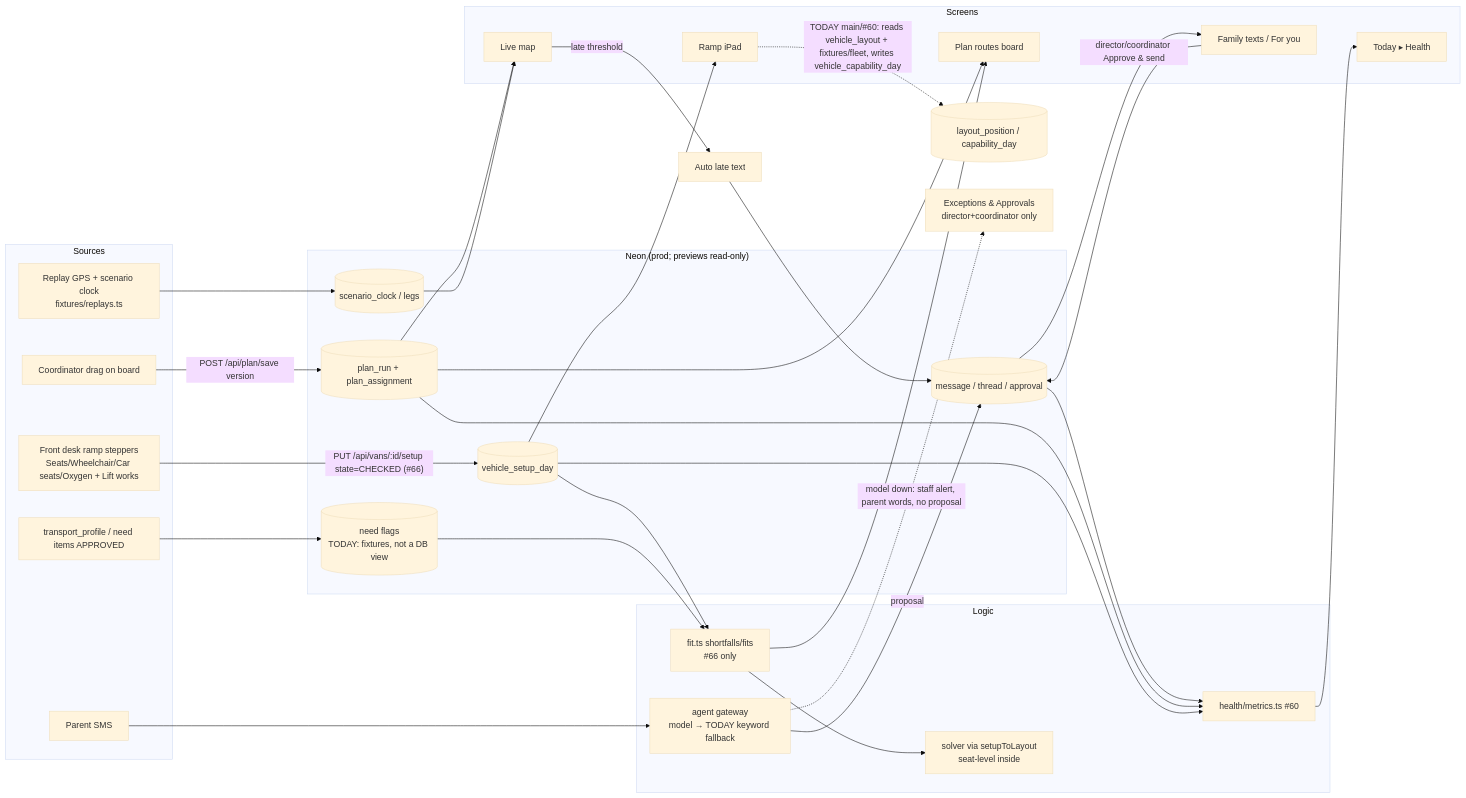
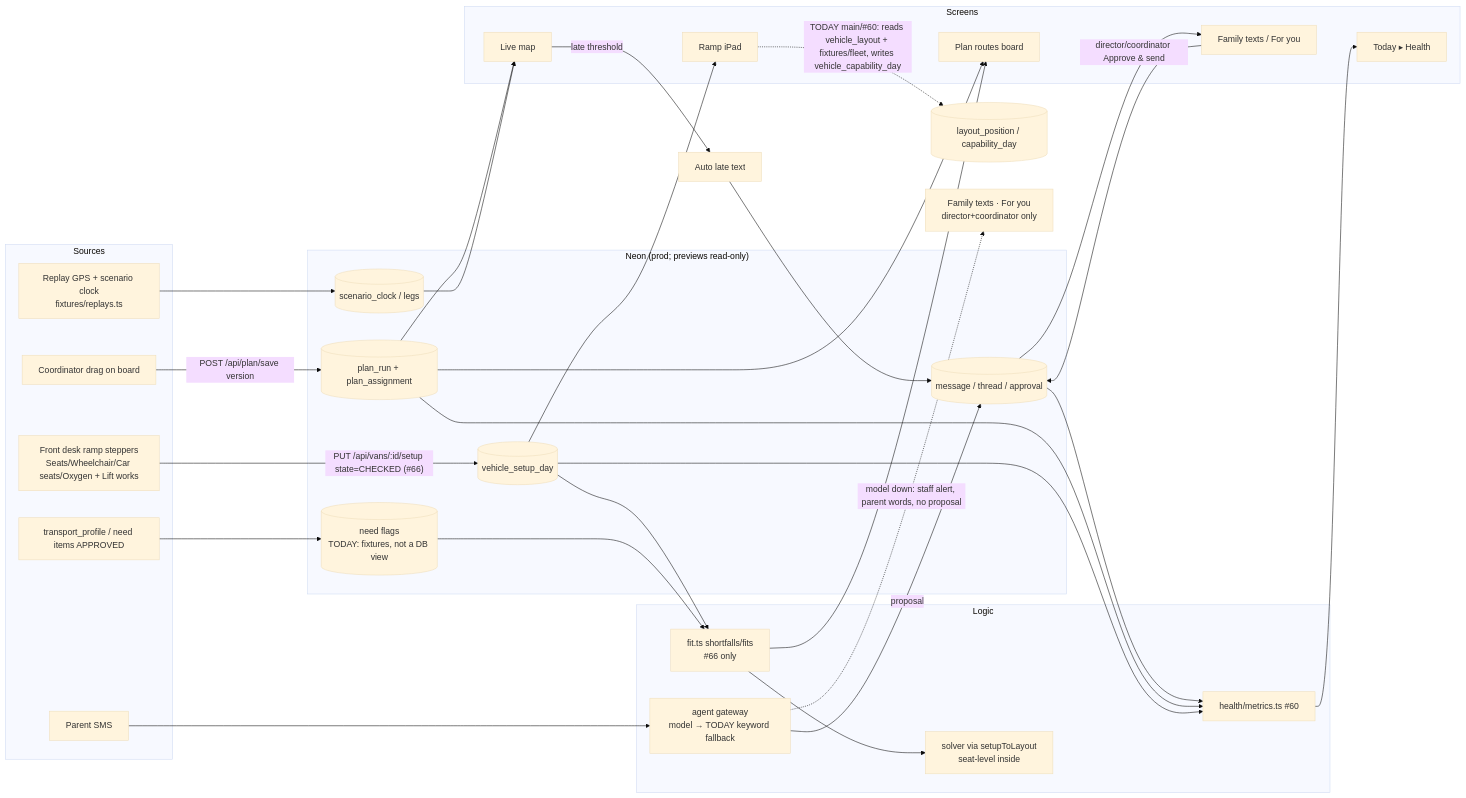
Before and after one commit to firia-ai-agent/ppec-transportation-dashboard: the diagram in docs/DATA-MODEL.md, drawn with Mermaid (base theme). The commit also changed other lines of this file, not shown here.

First line of the commit message:
DATA-MODEL: the staff alert shows in For you; approval roles come from APPROVAL_ROLES

````diff
--- a/docs/DATA-MODEL.md
+++ b/docs/DATA-MODEL.md
@@ -67,46 +67,46 @@
 ```mermaid
 flowchart LR
   subgraph Sources
     FD[Front desk ramp steppers<br/>Seats/Wheelchair/Car seats/Oxygen + Lift works]
     CO[Coordinator drag on board]
     TP[transport_profile / need items APPROVED]
     GPS[Replay GPS + scenario clock<br/>fixtures/replays.ts]
     SMS[Parent SMS]
   end
   subgraph Store["Neon (prod; previews read-only)"]
     VSD[(vehicle_setup_day)]
     PR[(plan_run + plan_assignment)]
     NF[(need flags<br/>TODAY: fixtures, not a DB view)]
     MSG[(message / thread / approval)]
     LEG[(scenario_clock / legs)]
   end
   subgraph Logic
     FIT[fit.ts shortfalls/fits<br/>#66 only]
     SOLV[solver via setupToLayout<br/>seat-level inside]
     AG[agent gateway<br/>model → TODAY keyword fallback]
     MET[health/metrics.ts #60]
   end
   subgraph Screens
     RAMP[Ramp iPad]
     BOARD[Plan routes board]
     MAP[Live map]
     FT[Family texts / For you]
     HEALTH[Today ▸ Health]
   end
   FD -->|"PUT /api/vans/:id/setup state=CHECKED (#66)"| VSD
   VSD --> FIT --> BOARD
   VSD --> RAMP
   TP --> NF --> FIT
   CO -->|POST /api/plan/save version| PR
   PR --> BOARD
   PR --> MAP
   FIT --> SOLV
   RAMP -.TODAY main/#60: reads vehicle_layout + fixtures/fleet, writes vehicle_capability_day.-> X[(layout_position / capability_day)]
   GPS --> LEG --> MAP
   MAP -->|late threshold| SMS2[Auto late text] --> MSG
   SMS --> AG -->|proposal| MSG --> FT -->|director/coordinator Approve & send| MSG
-  AG -.model down: staff alert, parent words, no proposal.-> EXA[Exceptions & Approvals<br/>director+coordinator only]
+  AG -.model down: staff alert, parent words, no proposal.-> EXA[Family texts · For you<br/>director+coordinator only]
   MSG --> MET
   PR --> MET
   VSD --> MET --> HEALTH
 ```
````
